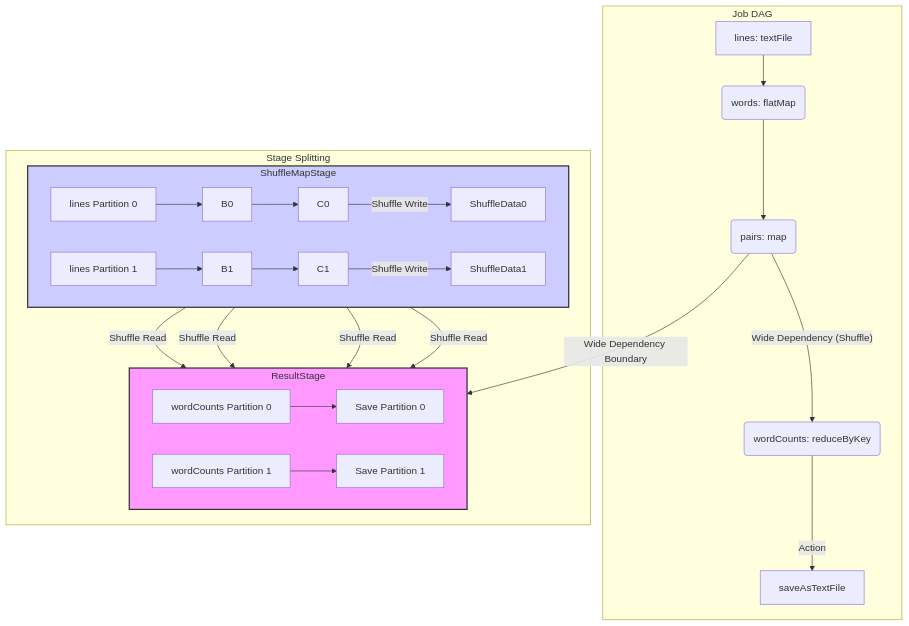
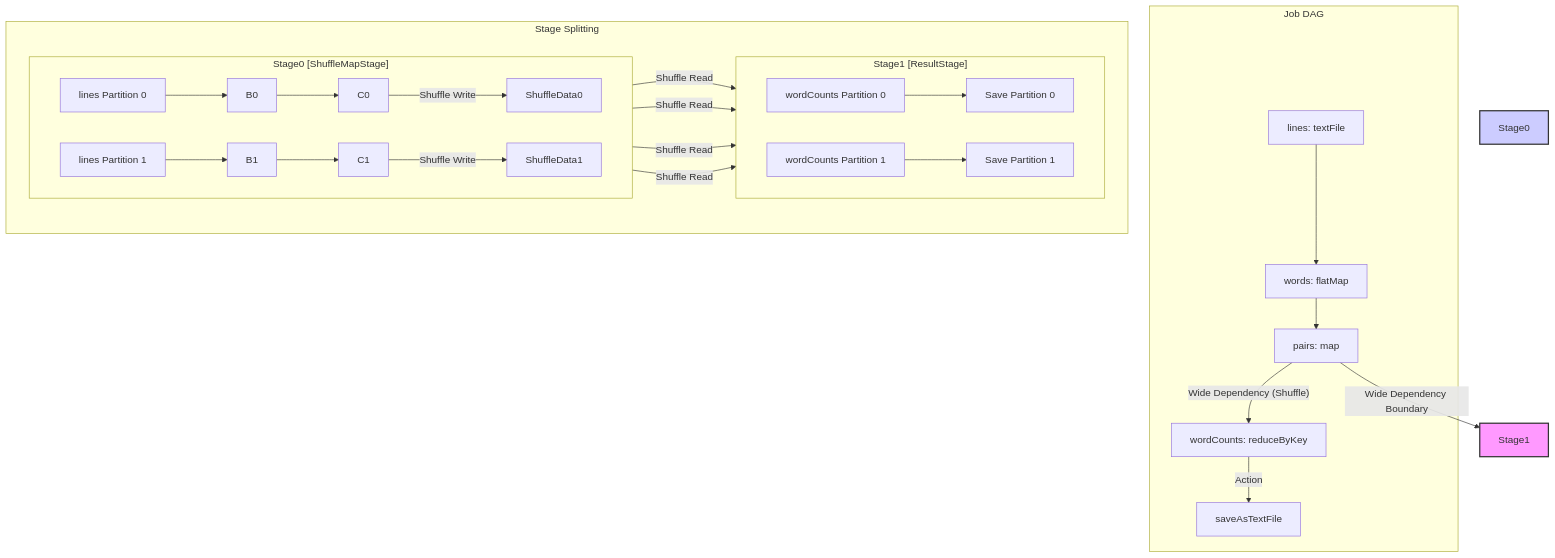
The first of 2 diagrams in AI_BOOK/大数据引擎内核：原理、设计与实现/04_Spark_Job_Execution_Flow.md (gravitys169/pages), drawn with Mermaid before and after one commit. The commit also changed other lines of this file and 8 other files, not shown here.

````diff
--- a/AI_BOOK/大数据引擎内核：原理、设计与实现/04_Spark_Job_Execution_Flow.md
+++ b/AI_BOOK/大数据引擎内核：原理、设计与实现/04_Spark_Job_Execution_Flow.md
@@ -86,33 +86,33 @@
 ```mermaid
 graph TD
-    subgraph Job DAG
-        A[lines: textFile] --> B(words: flatMap)
-        B --> C(pairs: map)
-        C -- Wide Dependency (Shuffle) --> D(wordCounts: reduceByKey)
-        D -- Action --> E[saveAsTextFile]
+    subgraph "Job DAG"
+        A["lines: textFile"] --> B["words: flatMap"]
+        B --> C["pairs: map"]
+        C -- "Wide Dependency (Shuffle)" --> D["wordCounts: reduceByKey"]
+        D -- "Action" --> E["saveAsTextFile"]
     end
 
-    subgraph Stage Splitting
+    subgraph "Stage Splitting"
         style Stage0 fill:#ccf,stroke:#333,stroke-width:2px
         style Stage1 fill:#f9f,stroke:#333,stroke-width:2px
 
-        subgraph Stage0 [ShuffleMapStage]
+        subgraph "Stage0 [ShuffleMapStage]"
             direction LR
-            A0[lines Partition 0] --> B0 --> C0
-            A1[lines Partition 1] --> B1 --> C1
-            C0 -- Shuffle Write --> ShuffleData0
-            C1 -- Shuffle Write --> ShuffleData1
+            A0["lines Partition 0"] --> B0 --> C0
+            A1["lines Partition 1"] --> B1 --> C1
+            C0 -- "Shuffle Write" --> ShuffleData0
+            C1 -- "Shuffle Write" --> ShuffleData1
         end
 
-        subgraph Stage1 [ResultStage]
+        subgraph "Stage1 [ResultStage]"
             direction LR
-            ShuffleData0 & ShuffleData1 -- Shuffle Read --> D0[wordCounts Partition 0]
-            ShuffleData0 & ShuffleData1 -- Shuffle Read --> D1[wordCounts Partition 1]
-            D0 --> E0[Save Partition 0]
-            D1 --> E1[Save Partition 1]
+            ShuffleData0 & ShuffleData1 -- "Shuffle Read" --> D0["wordCounts Partition 0"]
+            ShuffleData0 & ShuffleData1 -- "Shuffle Read" --> D1["wordCounts Partition 1"]
+            D0 --> E0["Save Partition 0"]
+            D1 --> E1["Save Partition 1"]
         end
     end
 
-    C -- Wide Dependency Boundary --> Stage1
+    C -- "Wide Dependency Boundary" --> Stage1
 
 ```
````
